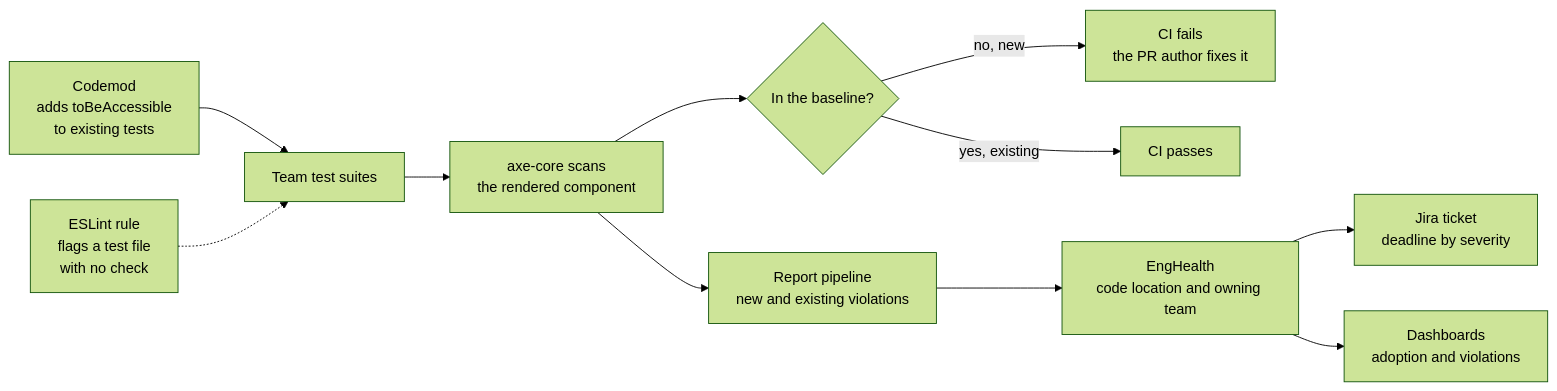
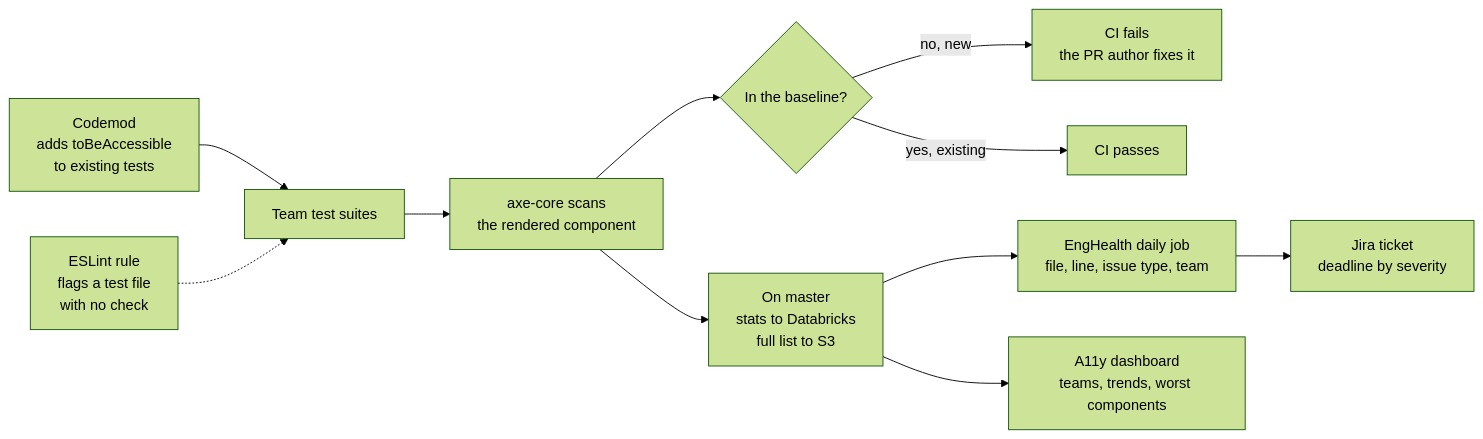
One commit to oleg-chibikov/project-architecture changed the second of 3 diagrams in accessibility-tooling/README.md. Above: the diagram before and after it, drawn with Mermaid (forest theme). The commit also changed other lines of this file and 3 other files, not shown here.

````diff
--- a/accessibility-tooling/README.md
+++ b/accessibility-tooling/README.md
@@ -60,13 +60,13 @@
 ```mermaid
 flowchart LR
   Codemod["Codemod<br/>adds toBeAccessible<br/>to existing tests"] --> Suites["Team test suites"]
   Lint["ESLint rule<br/>flags a test file<br/>with no check"] -.-> Suites
   Suites --> Axe["axe-core scans<br/>the rendered component"]
   Axe --> Compare{"In the baseline?"}
   Compare -->|no, new| Fail["CI fails<br/>the PR author fixes it"]
   Compare -->|yes, existing| Pass["CI passes"]
-  Axe --> Report["Report pipeline<br/>new and existing violations"]
-  Report --> EH["EngHealth<br/>code location and owning team"]
+  Axe --> Report["On master<br/>stats to Databricks<br/>full list to S3"]
+  Report --> EH["EngHealth daily job<br/>file, line, issue type, team"]
   EH --> Ticket["Jira ticket<br/>deadline by severity"]
-  EH --> Dash["Dashboards<br/>adoption and violations"]
+  Report --> Dash["A11y dashboard<br/>teams, trends, worst components"]
 ```
````
